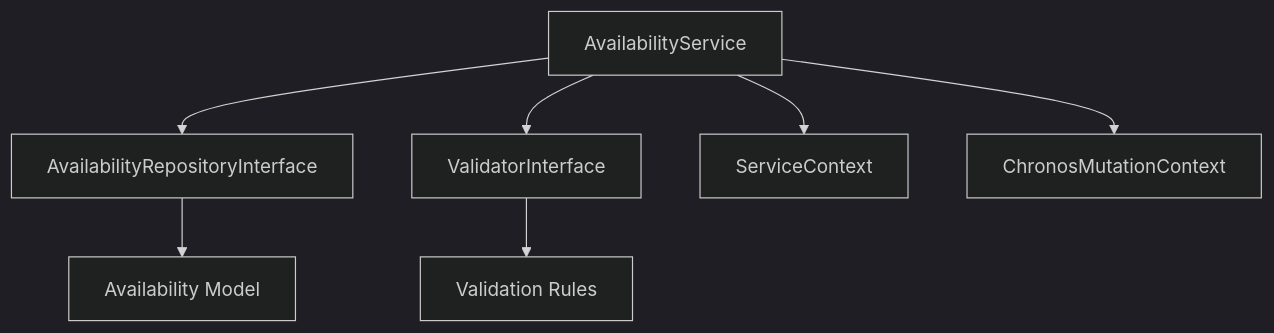
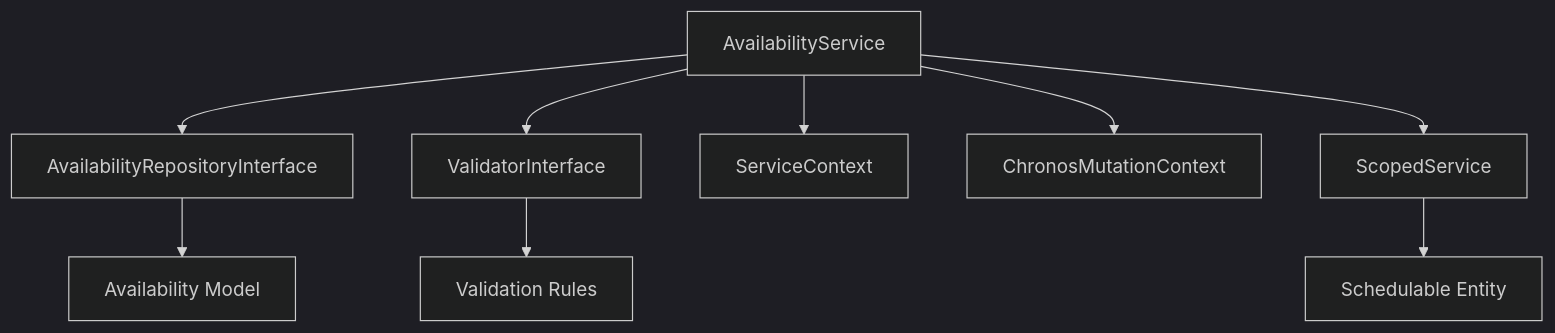
One commit to andydefer/laravel-chronos changed the diagram in docs/api-reference/services/availability-service.md. Above: the diagram before and after it, drawn with Mermaid (dark theme). The commit also changed other lines of this file and 8 other files, not shown here.

````diff
--- a/docs/api-reference/services/availability-service.md
+++ b/docs/api-reference/services/availability-service.md
@@ -326,9 +370,11 @@
 ```mermaid
 graph TD
     A[AvailabilityService] --> B[AvailabilityRepositoryInterface]
     A --> C[ValidatorInterface]
     A --> D[ServiceContext]
     A --> E[ChronosMutationContext]
-    B --> F[Availability Model]
-    C --> G[Validation Rules]
+    A --> F[ScopedService]
+    B --> G[Availability Model]
+    C --> H[Validation Rules]
+    F --> I[Schedulable Entity]
 ```
````
